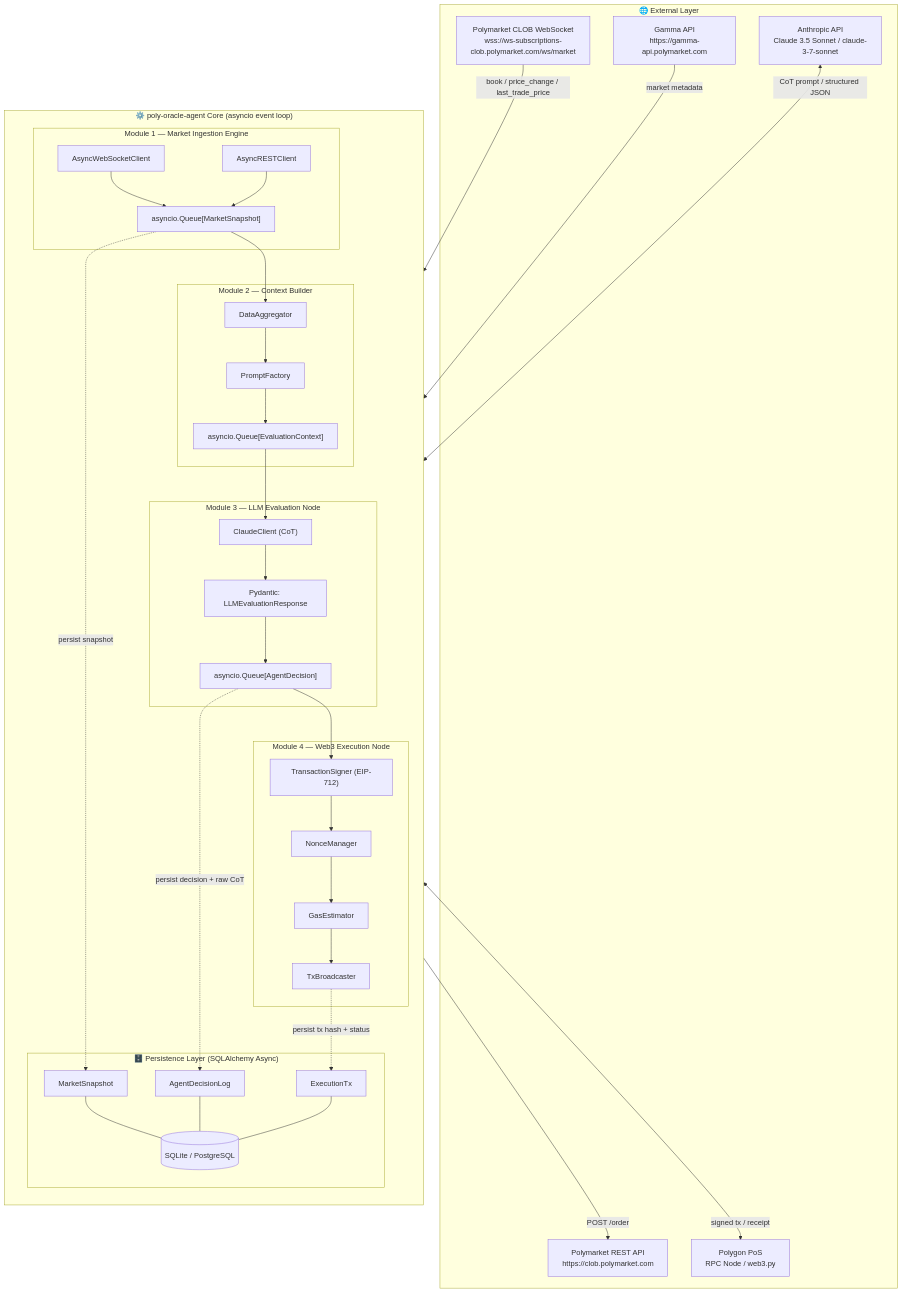
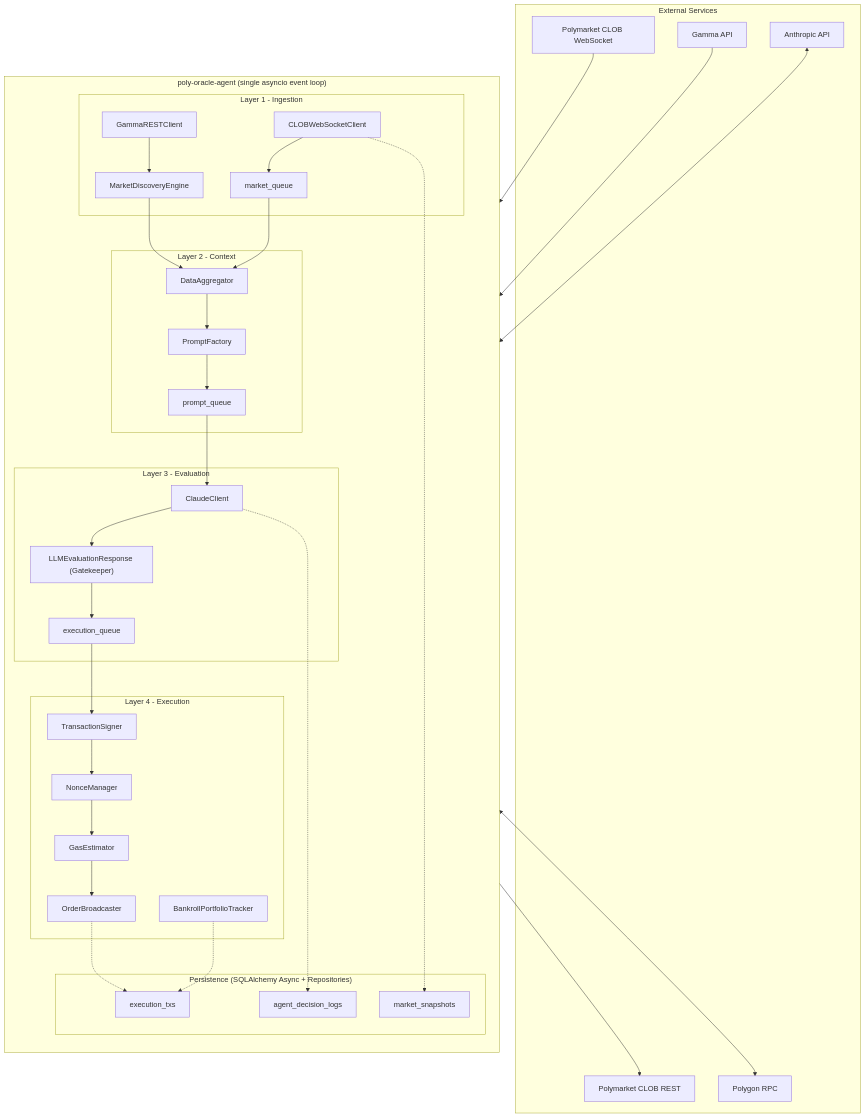
One commit to 24026926-afk/poly-oracle-agent changed the diagram in docs/system_architecture.md. Above: the diagram before and after it, drawn with Mermaid. The commit also changed other lines of this file and 7 other files, not shown here.

````diff
--- a/docs/system_architecture.md
+++ b/docs/system_architecture.md
@@ -11,70 +20,65 @@
 ```mermaid
 graph TB
-    subgraph External["🌐 External Layer"]
-        PM_WS["Polymarket CLOB WebSocket<br/>wss://ws-subscriptions-clob.polymarket.com/ws/market"]
-        PM_REST["Polymarket REST API<br/>https://clob.polymarket.com"]
-        GAMMA["Gamma API<br/>https://gamma-api.polymarket.com"]
-        ANTHROPIC["Anthropic API<br/>Claude 3.5 Sonnet / claude-3-7-sonnet"]
-        POLYGON["Polygon PoS<br/>RPC Node / web3.py"]
+    subgraph EXT["External Services"]
+        PM_WS["Polymarket CLOB WebSocket"]
+        PM_REST["Polymarket CLOB REST"]
+        GAMMA["Gamma API"]
+        ANTH["Anthropic API"]
+        POLY["Polygon RPC"]
     end
 
-    subgraph Core["⚙️ poly-oracle-agent Core (asyncio event loop)"]
+    subgraph CORE["poly-oracle-agent (single asyncio event loop)"]
         direction TB
 
-        subgraph MIE["Module 1 — Market Ingestion Engine"]
-            WS_CLIENT["AsyncWebSocketClient"]
-            REST_CLIENT["AsyncRESTClient"]
-            MARKET_Q["asyncio.Queue[MarketSnapshot]"]
+        subgraph L1["Layer 1 - Ingestion"]
+            WS["CLOBWebSocketClient"]
+            REST["GammaRESTClient"]
+            DISC["MarketDiscoveryEngine"]
+            MQ["market_queue"]
         end
 
-        subgraph CTX["Module 2 — Context Builder"]
+        subgraph L2["Layer 2 - Context"]
             AGG["DataAggregator"]
-            PROMPT_F["PromptFactory"]
-            CTX_Q["asyncio.Queue[EvaluationContext]"]
+            PF["PromptFactory"]
+            PQ["prompt_queue"]
         end
 
-        subgraph LLM["Module 3 — LLM Evaluation Node"]
-            CLAUDE["ClaudeClient (CoT)"]
-            VALIDATOR["Pydantic: LLMEvaluationResponse"]
-            DEC_Q["asyncio.Queue[AgentDecision]"]
+        subgraph L3["Layer 3 - Evaluation"]
+            CLAUDE["ClaudeClient"]
+            GATE["LLMEvaluationResponse (Gatekeeper)"]
+            EQ["execution_queue"]
         end
 
-        subgraph WEB3["Module 4 — Web3 Execution Node"]
-            SIGNER["TransactionSigner (EIP-712)"]
-            NONCE_MGR["NonceManager"]
-            GAS_EST["GasEstimator"]
-            TX_BROAD["TxBroadcaster"]
+        subgraph L4["Layer 4 - Execution"]
+            SIGN["TransactionSigner"]
+            NONCE["NonceManager"]
+            GAS["GasEstimator"]
+            BCAST["OrderBroadcaster"]
+            BPT["BankrollPortfolioTracker"]
         end
 
-        subgraph PERSIST["🗄️ Persistence Layer (SQLAlchemy Async)"]
-            DB[("SQLite / PostgreSQL")]
-            SNAP_TBL["MarketSnapshot"]
-            DEC_TBL["AgentDecisionLog"]
-            TX_TBL["ExecutionTx"]
+        subgraph DB["Persistence (SQLAlchemy Async + Repositories)"]
+            SNAP["market_snapshots"]
+            DEC["agent_decision_logs"]
+            TX["execution_txs"]
         end
     end
 
-    PM_WS -->|"book / price_change / last_trade_price"| WS_CLIENT
-    GAMMA -->|"market metadata"| REST_CLIENT
-    WS_CLIENT --> MARKET_Q
-    REST_CLIENT --> MARKET_Q
+    PM_WS --> WS
+    GAMMA --> REST
+    REST --> DISC
+    DISC --> AGG
 
-    MARKET_Q --> AGG
-    AGG --> PROMPT_F
-    PROMPT_F --> CTX_Q
+    WS --> MQ --> AGG --> PF --> PQ --> CLAUDE
+    ANTH <--> CLAUDE
+    CLAUDE --> GATE --> EQ
 
-    CTX_Q --> CLAUDE
-    ANTHROPIC <-->|"CoT prompt / structured JSON"| CLAUDE
-    CLAUDE --> VALIDATOR
-    VALIDATOR --> DEC_Q
+    EQ --> SIGN --> NONCE --> GAS --> BCAST
+    BCAST --> PM_REST
+    BCAST <--> POLY
 
-    DEC_Q --> SIGNER
-    SIGNER --> NONCE_MGR --> GAS_EST --> TX_BROAD
-    TX_BROAD <-->|"signed tx / receipt"| POLYGON
-    TX_BROAD -->|"POST /order"| PM_REST
-
-    MARKET_Q -.->|"persist snapshot"| SNAP_TBL
-    DEC_Q -.->|"persist decision + raw CoT"| DEC_TBL
-    TX_BROAD -.->|"persist tx hash + status"| TX_TBL
-    SNAP_TBL & DEC_TBL & TX_TBL --- DB
+    WS -.-> SNAP
+    CLAUDE -.-> DEC
+    BCAST -.-> TX
+    BPT -.-> TX
 ```
````
